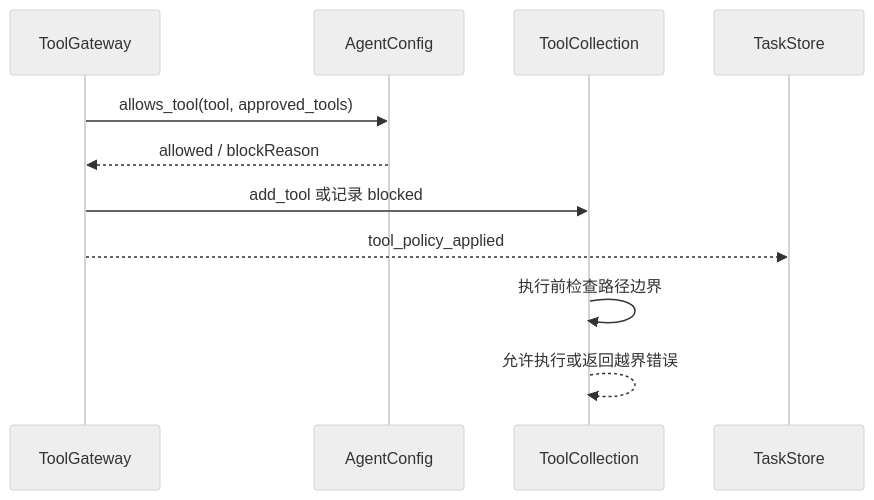
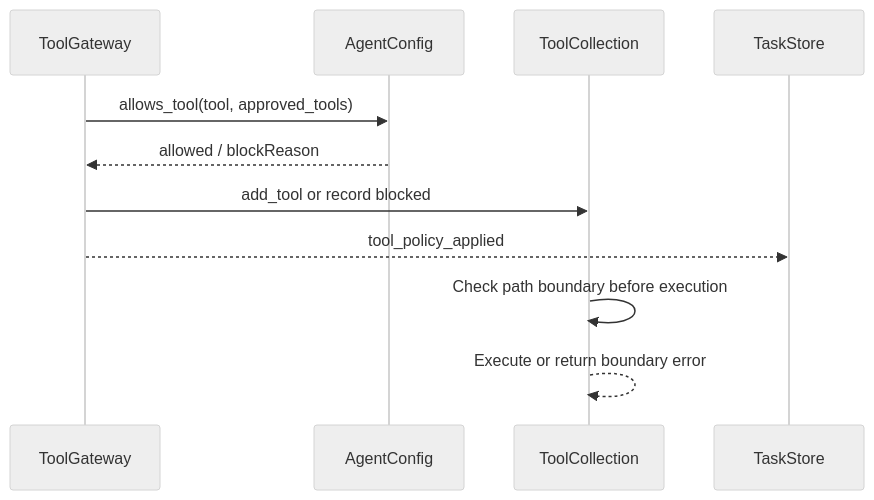
Diagram 17 of 18 in README.md (youkuxiaobin/task-pilot-agent), drawn with Mermaid (neutral theme) before and after one commit. The commit also changed other lines of this file and 1 other file, not shown here.

````diff
--- a/README.md
+++ b/README.md
@@ -329,14 +346,14 @@
 ```mermaid
 sequenceDiagram
   participant Gateway as ToolGateway
   participant AgentCfg as AgentConfig
   participant Tools as ToolCollection
   participant Store as TaskStore
 
   Gateway->>AgentCfg: allows_tool(tool, approved_tools)
   AgentCfg-->>Gateway: allowed / blockReason
-  Gateway->>Tools: add_tool 或记录 blocked
+  Gateway->>Tools: add_tool or record blocked
   Gateway-->>Store: tool_policy_applied
-  Tools->>Tools: 执行前检查路径边界
-  Tools-->>Tools: 允许执行或返回越界错误
+  Tools->>Tools: Check path boundary before execution
+  Tools-->>Tools: Execute or return boundary error
 ```
````
